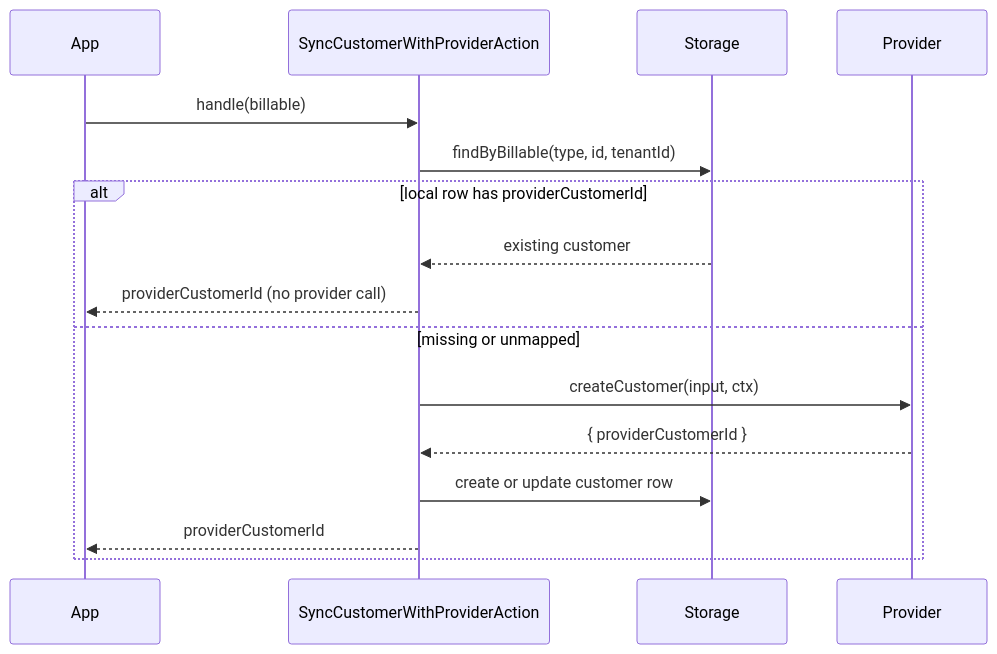
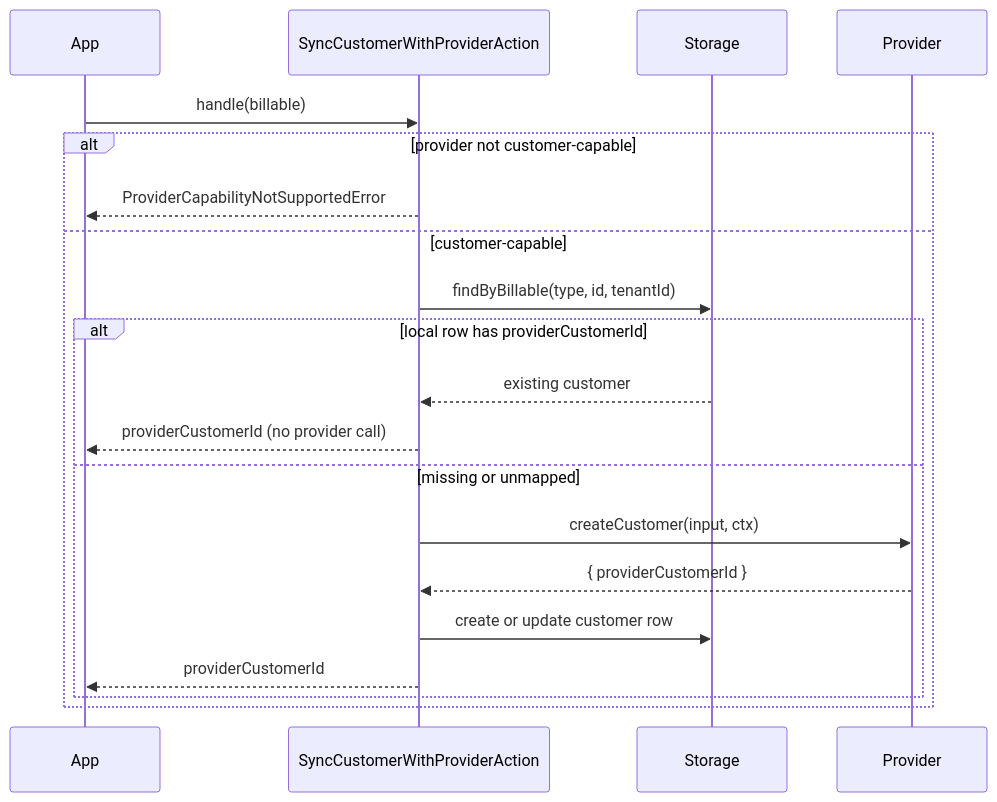
Before and after one commit to kidiatoliny/payable-docs: the diagram in _docs_src/features/08-customers-billable.md, drawn with Mermaid. The commit also changed other lines of this file and 31 other files, not shown here.

````diff
--- a/_docs_src/features/08-customers-billable.md
+++ b/_docs_src/features/08-customers-billable.md
@@ -111,18 +118,22 @@
 ```mermaid
 sequenceDiagram
     participant App
     participant Sync as SyncCustomerWithProviderAction
     participant Storage
     participant Provider
     App->>Sync: handle(billable)
-    Sync->>Storage: findByBillable(type, id, tenantId)
-    alt local row has providerCustomerId
-        Storage-->>Sync: existing customer
-        Sync-->>App: providerCustomerId (no provider call)
-    else missing or unmapped
-        Sync->>Provider: createCustomer(input, ctx)
-        Provider-->>Sync: { providerCustomerId }
-        Sync->>Storage: create or update customer row
-        Sync-->>App: providerCustomerId
+    alt provider not customer-capable
+        Sync-->>App: ProviderCapabilityNotSupportedError
+    else customer-capable
+        Sync->>Storage: findByBillable(type, id, tenantId)
+        alt local row has providerCustomerId
+            Storage-->>Sync: existing customer
+            Sync-->>App: providerCustomerId (no provider call)
+        else missing or unmapped
+            Sync->>Provider: createCustomer(input, ctx)
+            Provider-->>Sync: { providerCustomerId }
+            Sync->>Storage: create or update customer row
+            Sync-->>App: providerCustomerId
+        end
     end
 ```
````
